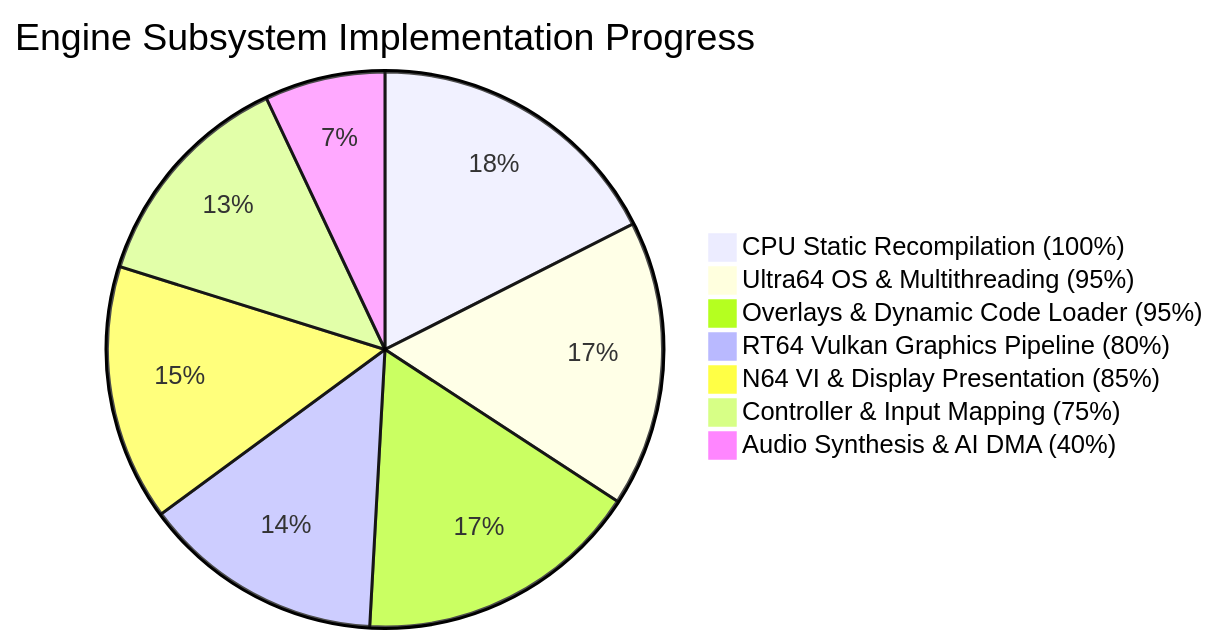
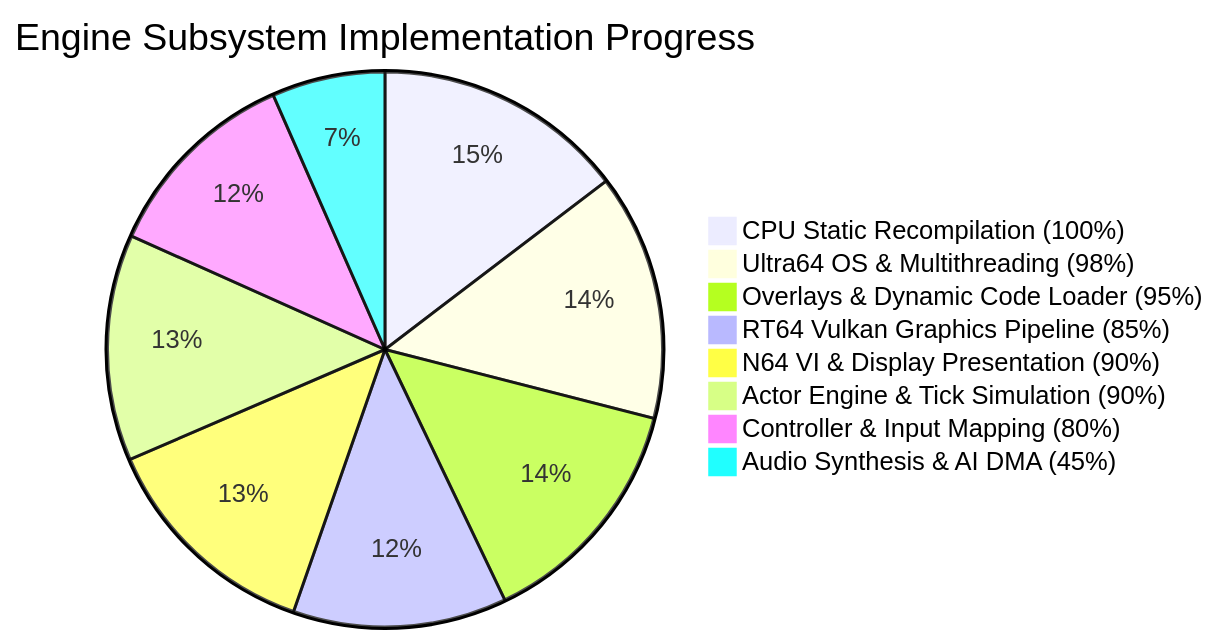
The first of 2 diagrams in README.md (codepdbh/conker-bad-fur-day-pc), drawn with Mermaid before and after one commit. The commit also changed other lines of this file and 17 other files, not shown here.

Commit message:
Engine & rendering advancements: Full actor tick simulation, RT64 Vulkan F3DEXBG tri4 opcodes, VI ping-pong framebuffer swaps, and progress documentation

````diff
--- a/README.md
+++ b/README.md
@@ -29,10 +29,11 @@
 ```mermaid
 pie title Engine Subsystem Implementation Progress
     "CPU Static Recompilation (100%)" : 100
-    "Ultra64 OS & Multithreading (95%)" : 95
+    "Ultra64 OS & Multithreading (98%)" : 98
     "Overlays & Dynamic Code Loader (95%)" : 95
-    "RT64 Vulkan Graphics Pipeline (80%)" : 80
-    "N64 VI & Display Presentation (85%)" : 85
-    "Controller & Input Mapping (75%)" : 75
-    "Audio Synthesis & AI DMA (40%)" : 40
+    "RT64 Vulkan Graphics Pipeline (85%)" : 85
+    "N64 VI & Display Presentation (90%)" : 90
+    "Actor Engine & Tick Simulation (90%)" : 90
+    "Controller & Input Mapping (80%)" : 80
+    "Audio Synthesis & AI DMA (45%)" : 45
 ```
````
